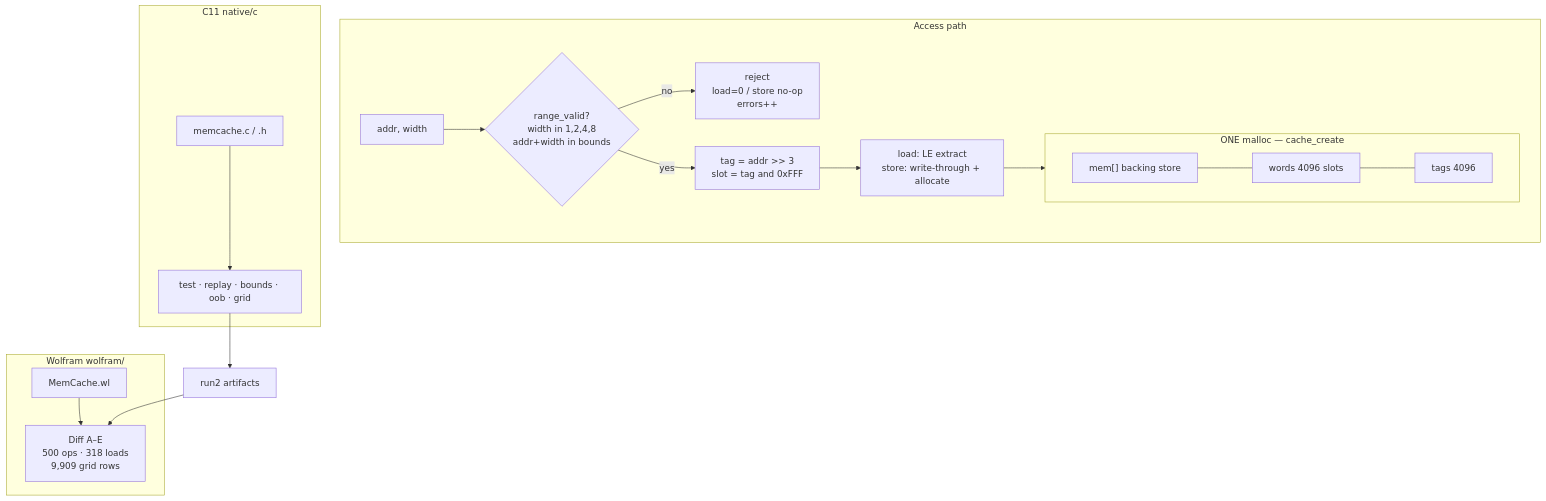
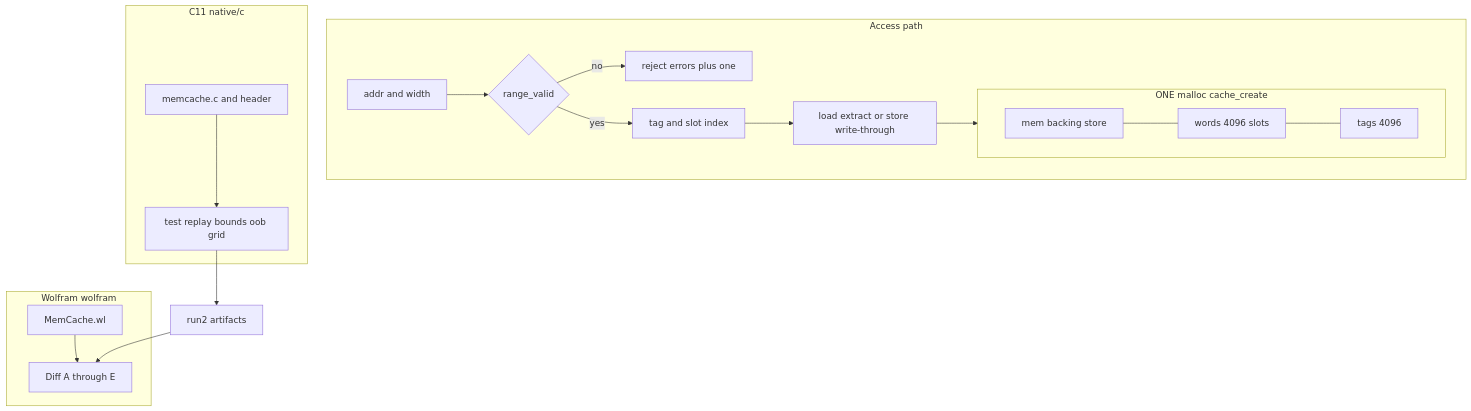
The first of 3 diagrams in README.md (AHMADALIPARR/memcache), drawn with Mermaid before and after one commit. The commit also changed other lines of this file, not shown here.

Commit message:
Sanitize mermaid labels: no parens, brackets, or shift operators

````diff
--- a/README.md
+++ b/README.md
@@ -14,33 +14,33 @@
 ```mermaid
 flowchart TB
-    subgraph ALLOC["ONE malloc — cache_create"]
+    subgraph ALLOC[ONE malloc cache_create]
         direction LR
-        MEM["mem[] backing store"]
-        WORDS["words 4096 slots"]
-        TAGS["tags 4096"]
+        MEM[mem backing store]
+        WORDS[words 4096 slots]
+        TAGS[tags 4096]
         MEM --- WORDS --- TAGS
     end
 
-    subgraph ACCESS["Access path"]
-        IN["addr, width"] --> VALID{"range_valid?\nwidth in 1,2,4,8\naddr+width in bounds"}
-        VALID -->|no| REJ["reject\nload=0 / store no-op\nerrors++"]
-        VALID -->|yes| SLOT["tag = addr >> 3\nslot = tag and 0xFFF"]
-        SLOT --> OP["load: LE extract\nstore: write-through + allocate"]
+    subgraph ACCESS[Access path]
+        IN[addr and width] --> VALID{range_valid}
+        VALID -->|no| REJ[reject errors plus one]
+        VALID -->|yes| SLOT[tag and slot index]
+        SLOT --> OP[load extract or store write-through]
         OP --> ALLOC
     end
 
-    subgraph NATIVE["C11 native/c"]
-        CORE["memcache.c / .h"]
-        DRV["test · replay · bounds · oob · grid"]
+    subgraph NATIVE[C11 native/c]
+        CORE[memcache.c and header]
+        DRV[test replay bounds oob grid]
         CORE --> DRV
     end
 
-    subgraph WL["Wolfram wolfram/"]
-        MODEL["MemCache.wl"]
-        DIFF["Diff A–E\n500 ops · 318 loads\n9,909 grid rows"]
+    subgraph WL[Wolfram wolfram]
+        MODEL[MemCache.wl]
+        DIFF[Diff A through E]
         MODEL --> DIFF
     end
 
-    DRV --> RUN2["run2 artifacts"]
+    DRV --> RUN2[run2 artifacts]
     RUN2 --> DIFF
 ```
````
